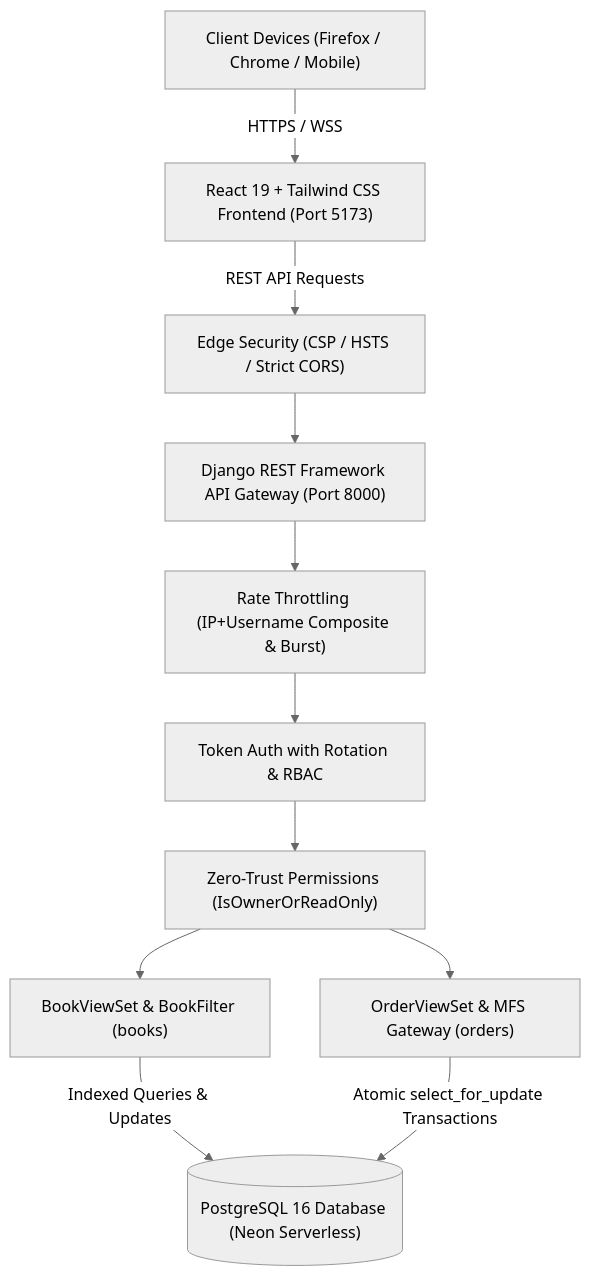
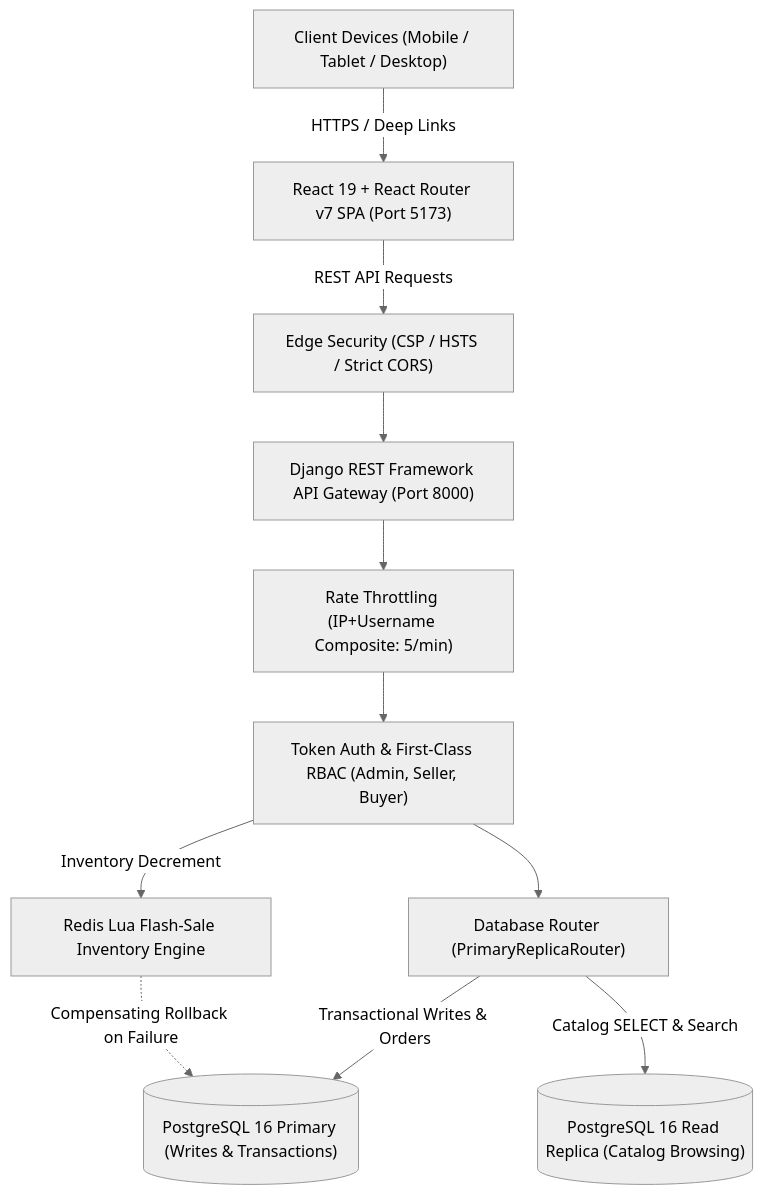
Before and after one commit to BipronathSaha12/FolioVerse: the first of 2 diagrams in doc/system.md, drawn with Mermaid (neutral theme). The commit also changed other lines of this file and 7 other files, not shown here.

Commit message:
docs: comprehensively update documentation suite and READMEs for React Router v7, Redis Lua engine, and multi-dashboard order tracking

````diff
--- a/doc/system.md
+++ b/doc/system.md
@@ -18,24 +19,24 @@
 ```mermaid
 graph TD
-    Client["Client Devices (Firefox / Chrome / Mobile)"]
-    ViteApp["React 19 + Tailwind CSS Frontend (Port 5173)"]
-    SecurityHeaders["Edge Security (CSP / HSTS / Strict CORS)"]
+    Client["Client Devices (Mobile / Tablet / Desktop)"]
+    ViteApp["React 19 + React Router v7 SPA (Port 5173)"]
+    SecurityEdge["Edge Security (CSP / HSTS / Strict CORS)"]
     DRF["Django REST Framework API Gateway (Port 8000)"]
-    Throttle["Rate Throttling (IP+Username Composite & Burst)"]
-    AuthModule["Token Auth with Rotation & RBAC"]
-    ZeroTrust["Zero-Trust Permissions (IsOwnerOrReadOnly)"]
-    BookViewSet["BookViewSet & BookFilter (books)"]
-    OrderViewSet["OrderViewSet & MFS Gateway (orders)"]
-    PostgreSQL[("PostgreSQL 16 Database (Neon Serverless)")]
+    Throttle["Rate Throttling (IP+Username Composite: 5/min)"]
+    AuthRBAC["Token Auth & First-Class RBAC (Admin, Seller, Buyer)"]
+    RedisEngine["Redis Lua Flash-Sale Inventory Engine"]
+    DBRouter["Database Router (PrimaryReplicaRouter)"]
+    PrimaryDB[("PostgreSQL 16 Primary (Writes & Transactions)")]
+    ReplicaDB[("PostgreSQL 16 Read Replica (Catalog Browsing)")]
 
-    Client -->|HTTPS / WSS| ViteApp
-    ViteApp -->|REST API Requests| SecurityHeaders
-    SecurityHeaders --> DRF
+    Client -->|HTTPS / Deep Links| ViteApp
+    ViteApp -->|REST API Requests| SecurityEdge
+    SecurityEdge --> DRF
     DRF --> Throttle
-    Throttle --> AuthModule
-    AuthModule --> ZeroTrust
-    ZeroTrust --> BookViewSet
-    ZeroTrust --> OrderViewSet
-    BookViewSet -->|Indexed Queries & Updates| PostgreSQL
-    OrderViewSet -->|Atomic select_for_update Transactions| PostgreSQL
+    Throttle --> AuthRBAC
+    AuthRBAC -->|Inventory Decrement| RedisEngine
+    AuthRBAC --> DBRouter
+    DBRouter -->|Transactional Writes & Orders| PrimaryDB
+    DBRouter -->|Catalog SELECT & Search| ReplicaDB
+    RedisEngine -.->|Compensating Rollback on Failure| PrimaryDB
 ```
````
